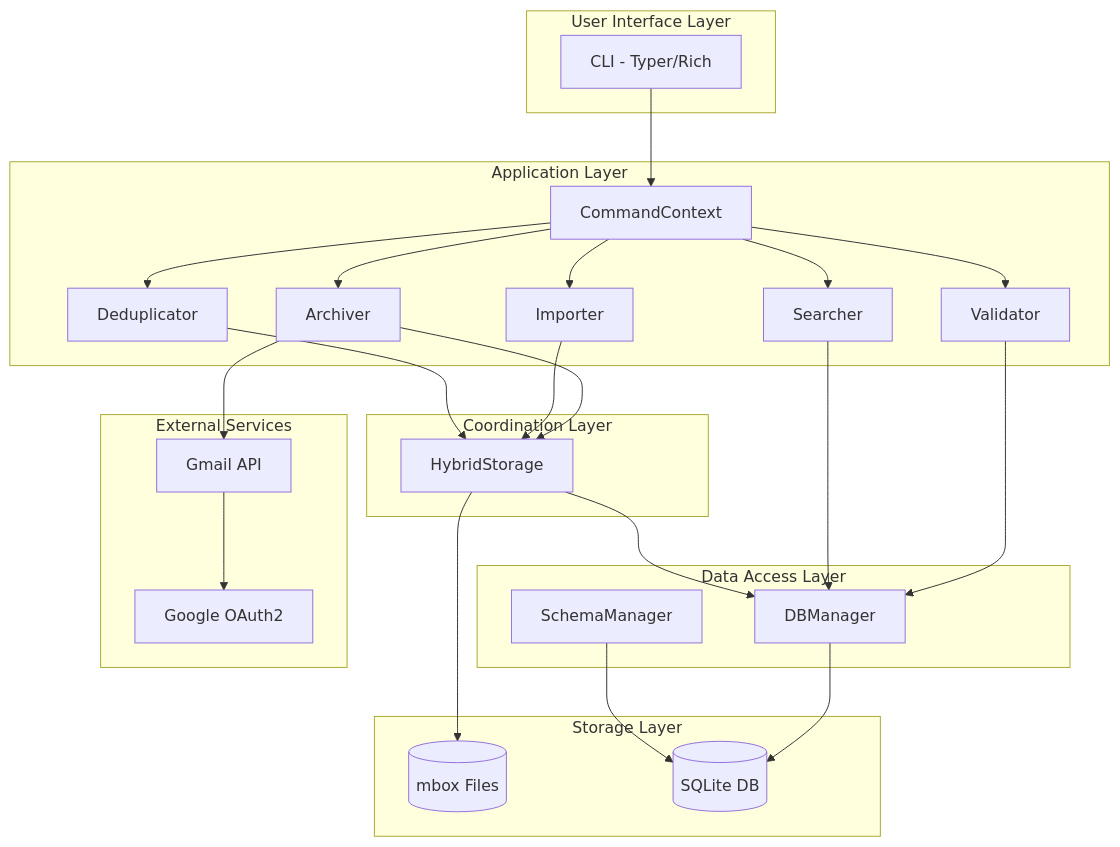
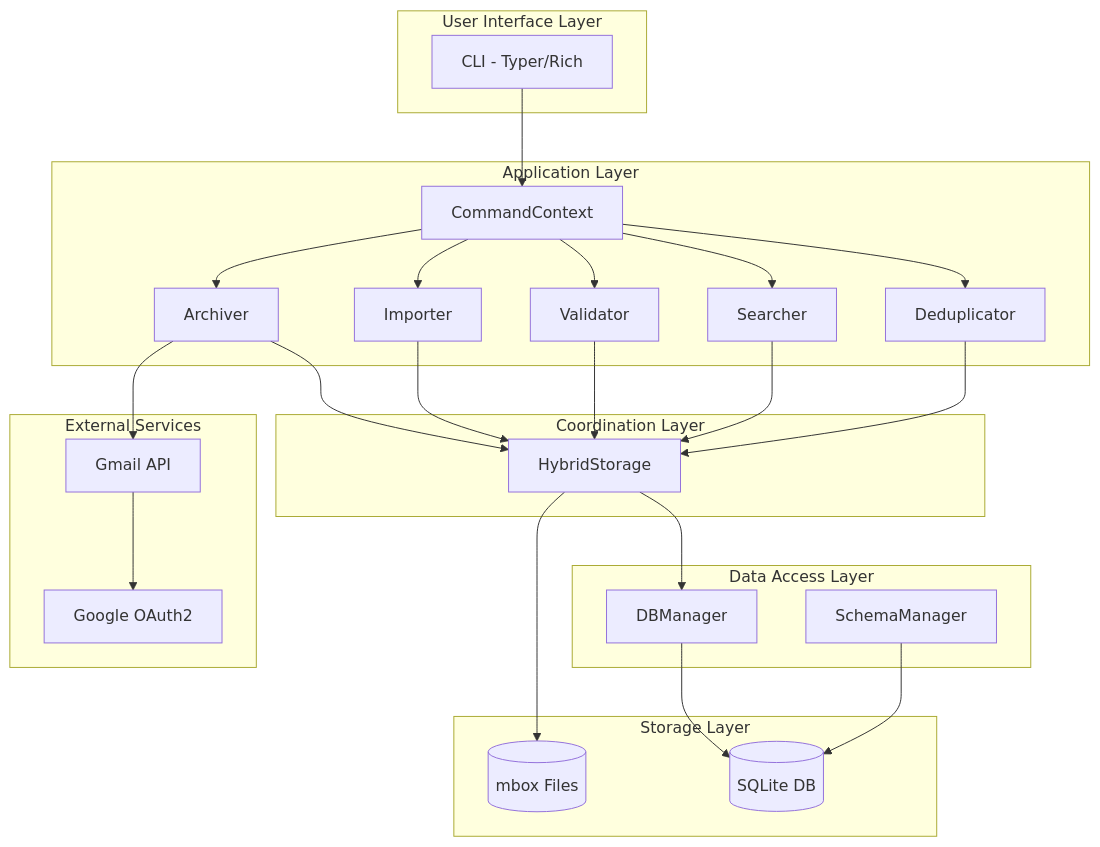
The second of 23 diagrams in docs/ARCHITECTURE.md (tumma72/GMailArchiver), drawn with Mermaid before and after one commit. The commit also changed other lines of this file and 53 other files, not shown here.

First line of the commit message:
refactor: Major architecture cleanup - HybridStorage as single data gateway

````diff
--- a/docs/ARCHITECTURE.md
+++ b/docs/ARCHITECTURE.md
@@ -61,56 +61,56 @@
 ```mermaid
 graph TB
     subgraph "User Interface Layer"
         CLI[CLI - Typer/Rich]
     end
 
     subgraph "Application Layer"
         CTX[CommandContext]
         ARCH[Archiver]
         IMP[Importer]
         VAL[Validator]
         SRCH[Searcher]
         DEDUP[Deduplicator]
     end
 
     subgraph "Coordination Layer"
         HS[HybridStorage]
     end
 
     subgraph "Data Access Layer"
         DBM[DBManager]
         SM[SchemaManager]
     end
 
     subgraph "Storage Layer"
         MBOX[(mbox Files)]
         SQL[(SQLite DB)]
     end
 
     subgraph "External Services"
         GMAIL[Gmail API]
         OAUTH[Google OAuth2]
     end
 
     CLI --> CTX
     CTX --> ARCH
     CTX --> IMP
     CTX --> VAL
     CTX --> SRCH
     CTX --> DEDUP
 
     ARCH --> HS
     IMP --> HS
-    VAL --> DBM
-    SRCH --> DBM
+    VAL --> HS
+    SRCH --> HS
     DEDUP --> HS
 
     HS --> DBM
     HS --> MBOX
 
     DBM --> SQL
     SM --> SQL
 
     ARCH --> GMAIL
     GMAIL --> OAUTH
 ```
````
